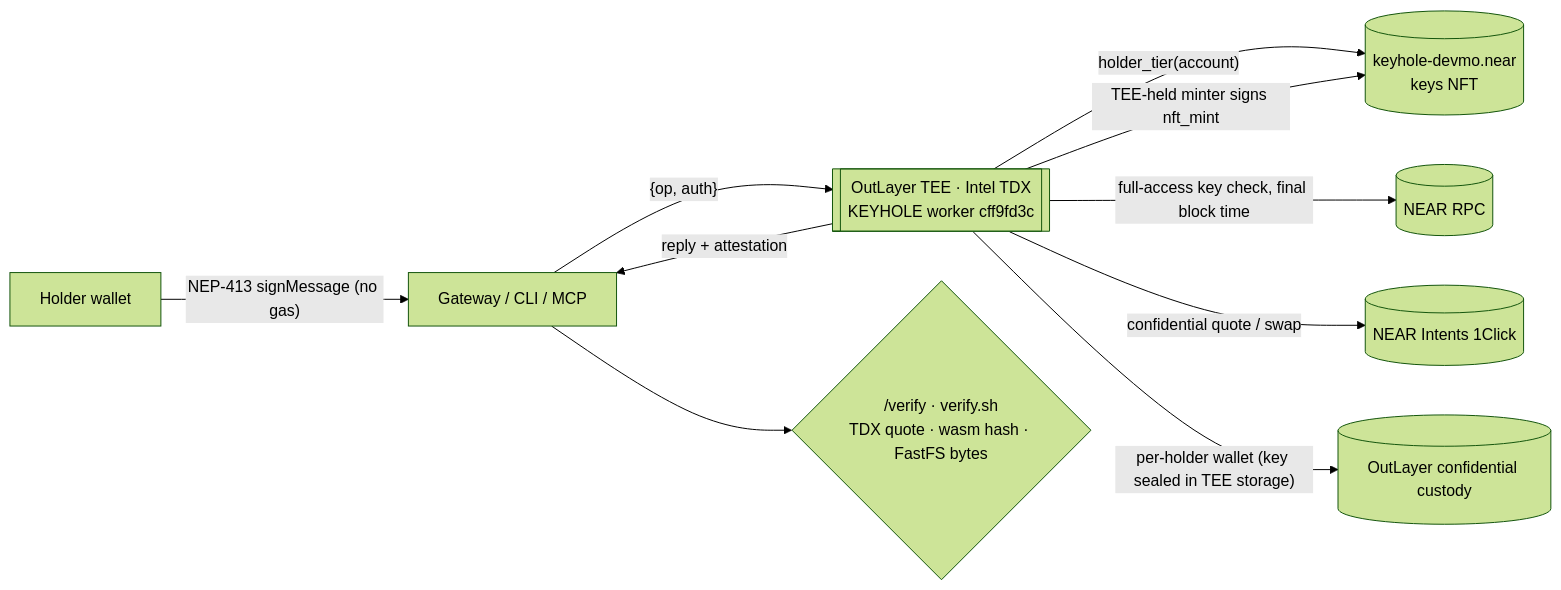
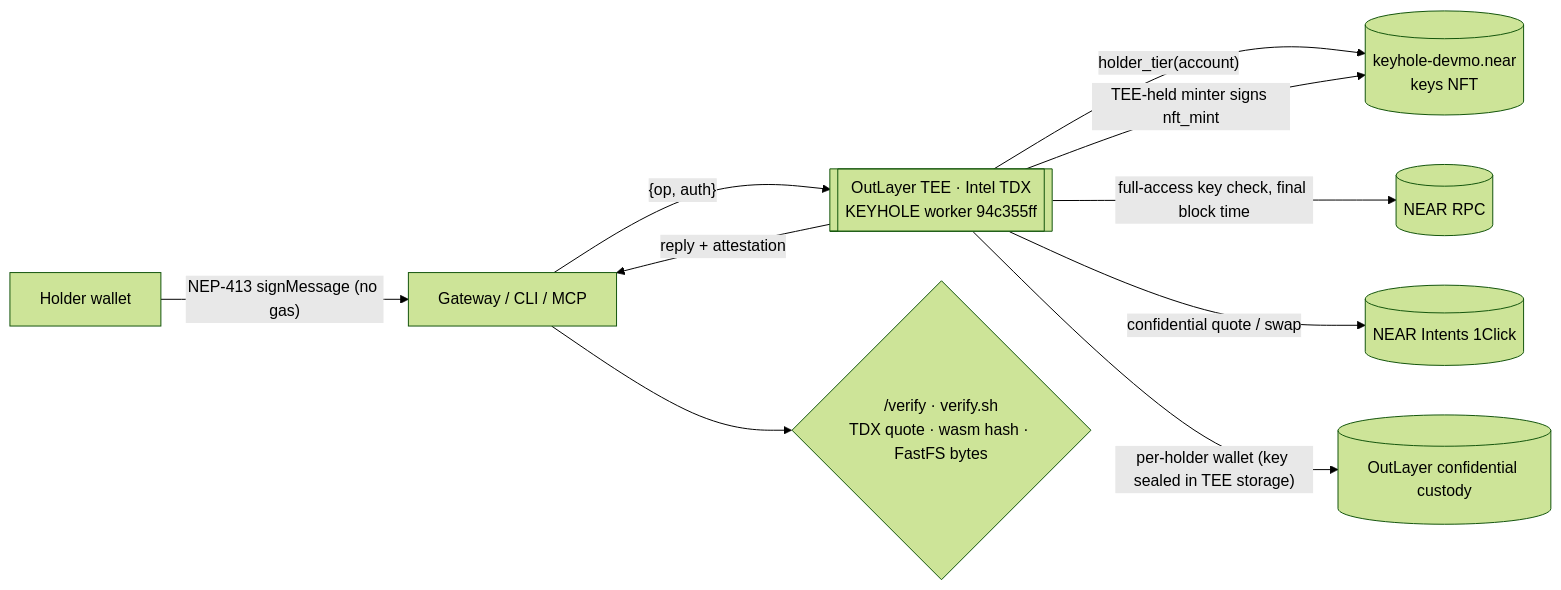
Before and after one commit to mohamedwael201193/keyhole: the first of 2 diagrams in README.md, drawn with Mermaid (forest theme). The commit also changed other lines of this file and 22 other files, not shown here.

````diff
--- a/README.md
+++ b/README.md
@@ -180,12 +180,12 @@
 ```mermaid
 flowchart LR
   H[Holder wallet] -- "NEP-413 signMessage (no gas)" --> G[Gateway / CLI / MCP]
-  G -- "{op, auth}" --> T[[OutLayer TEE · Intel TDX<br/>KEYHOLE worker cff9fd3c]]
+  G -- "{op, auth}" --> T[[OutLayer TEE · Intel TDX<br/>KEYHOLE worker 94c355ff]]
   T -- "holder_tier(account)" --> C[(keyhole-devmo.near<br/>keys NFT)]
   T -- "full-access key check, final block time" --> N[(NEAR RPC)]
   T -- "confidential quote / swap" --> I[(NEAR Intents 1Click)]
   T -- "per-holder wallet (key sealed in TEE storage)" --> W[(OutLayer confidential custody)]
   T -- "TEE-held minter signs nft_mint" --> C
   T -- "reply + attestation" --> G
   G --> V{"/verify · verify.sh<br/>TDX quote · wasm hash · FastFS bytes"}
 ```
````
